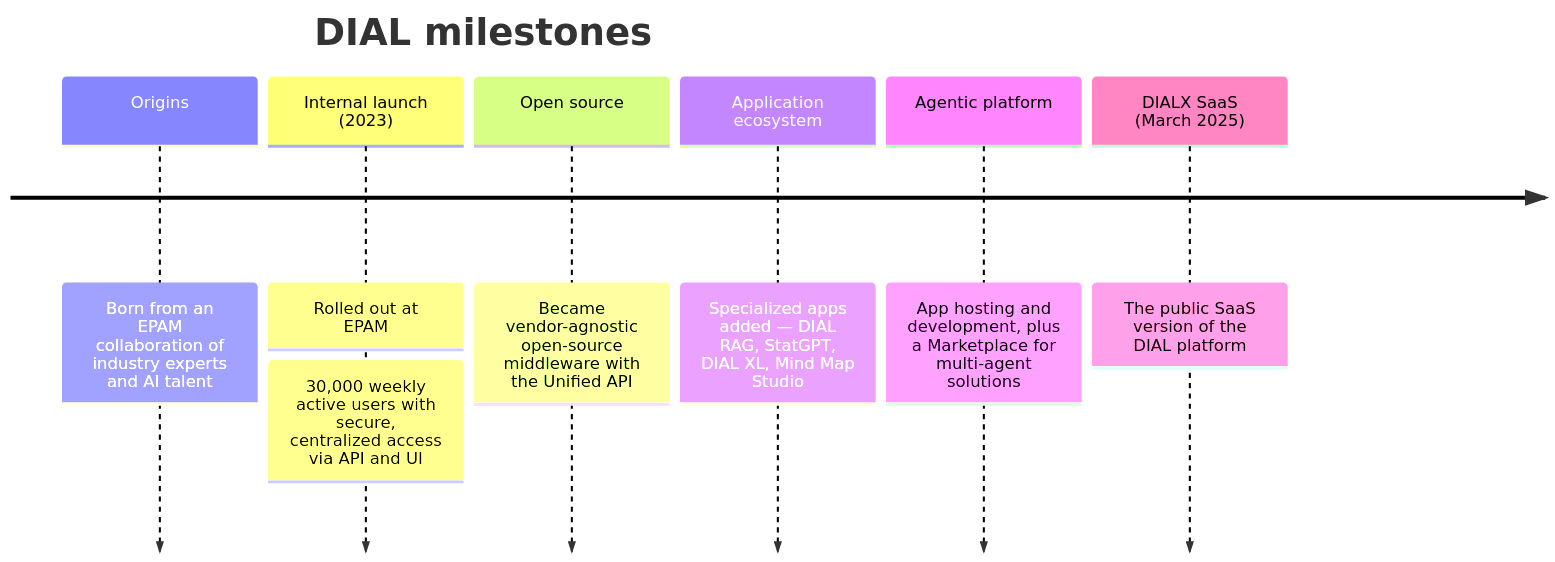
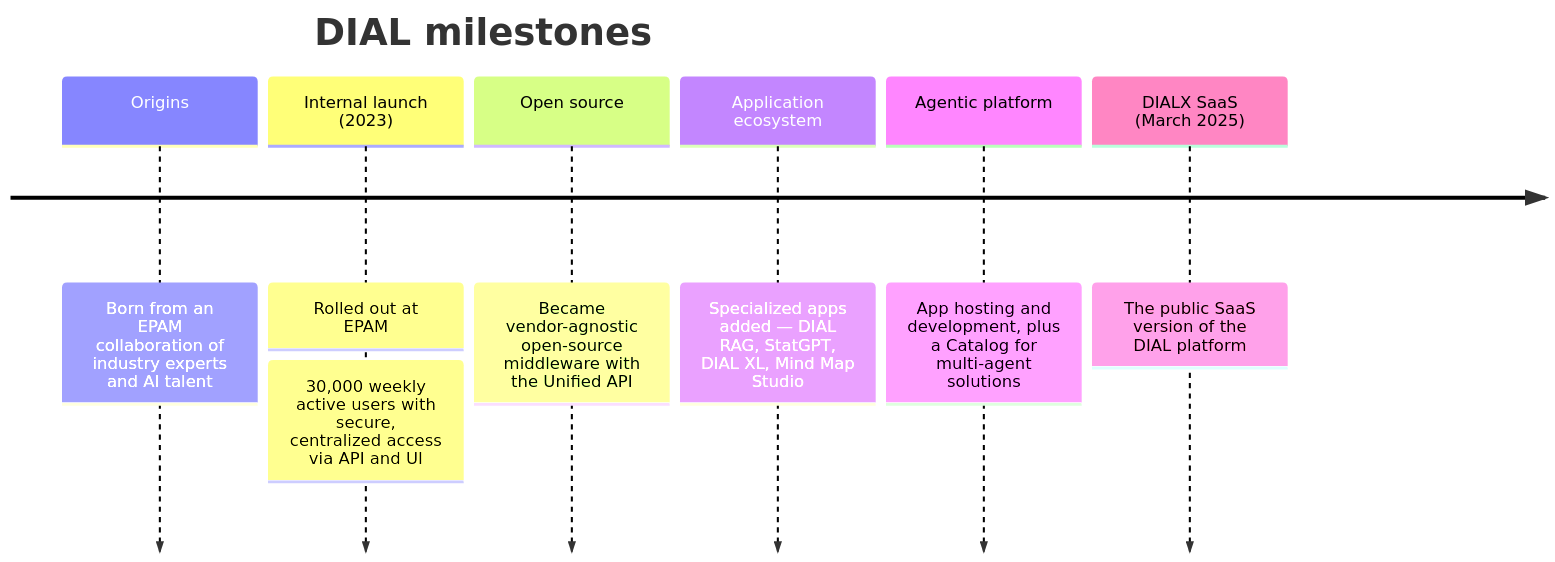
One commit to epam/ai-dial changed the diagram in docs_v2/2.understand-dial/5.foundations/2.dial-evolution.md. Above: the diagram before and after it, drawn with Mermaid. The commit also changed other lines of this file and 426 other files, not shown here.

````diff
--- a/docs_v2/2.understand-dial/5.foundations/2.dial-evolution.md
+++ b/docs_v2/2.understand-dial/5.foundations/2.dial-evolution.md
@@ -22,10 +22,10 @@
 ```mermaid
 timeline
     title DIAL milestones
     Origins : Born from an EPAM collaboration of industry experts and AI talent
     Internal launch (2023) : Rolled out at EPAM : 30,000 weekly active users with secure, centralized access via API and UI
     Open source : Became vendor-agnostic open-source middleware with the Unified API
     Application ecosystem : Specialized apps added — DIAL RAG, StatGPT, DIAL XL, Mind Map Studio
-    Agentic platform : App hosting and development, plus a Marketplace for multi-agent solutions
+    Agentic platform : App hosting and development, plus a Catalog for multi-agent solutions
     DIALX SaaS (March 2025) : The public SaaS version of the DIAL platform
 ```
````
